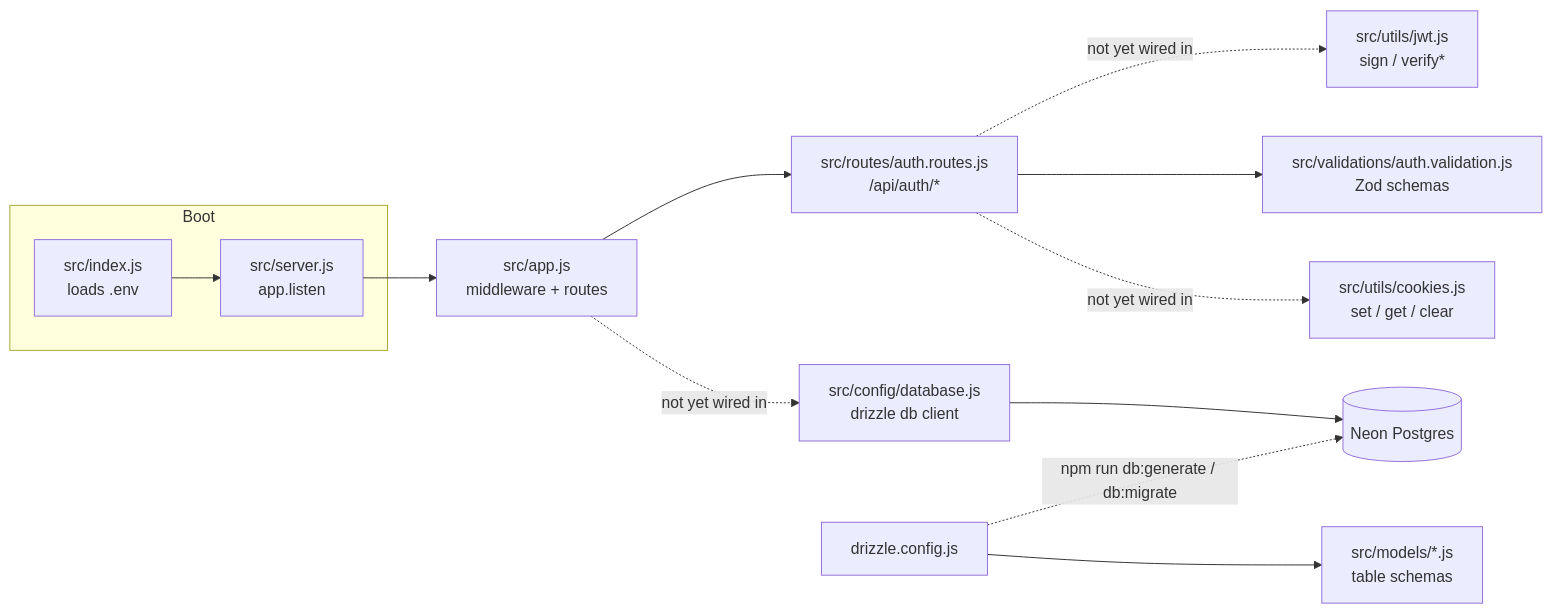
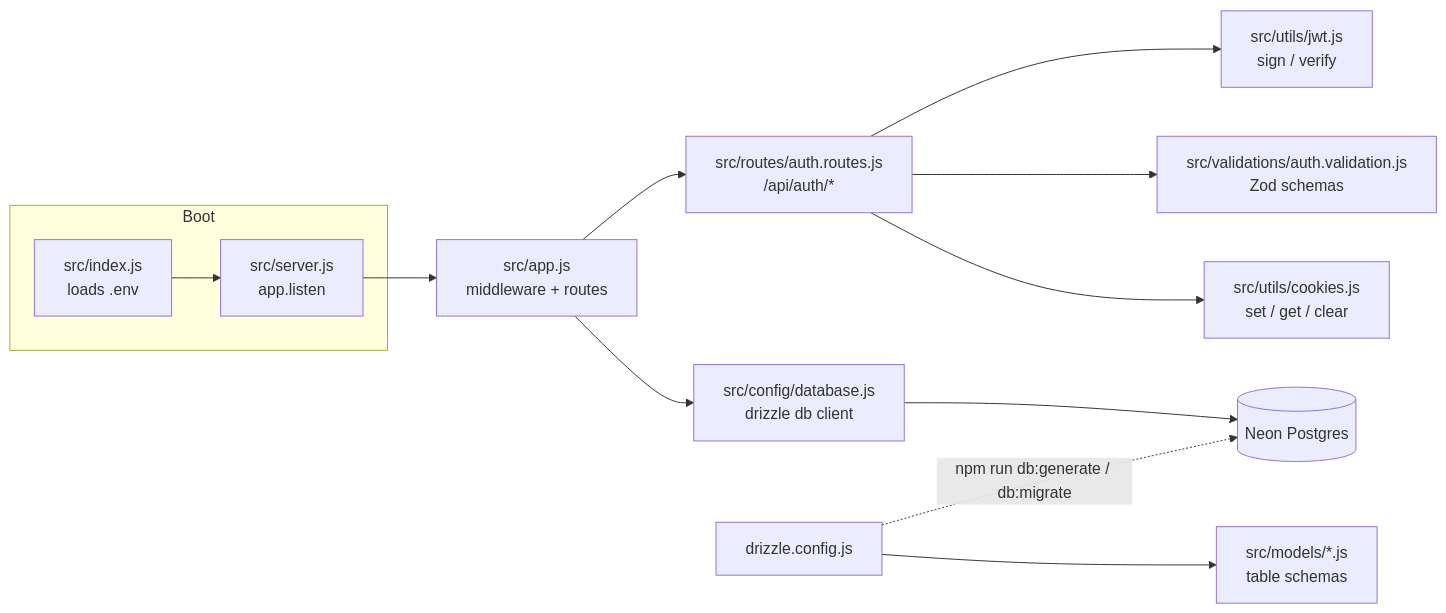
One commit to Tony-TTran/deploy_prod_api changed the diagram in README.md. Above: the diagram before and after it, drawn with Mermaid. The commit also changed other lines of this file and 4 other files, not shown here.

````diff
--- a/README.md
+++ b/README.md
@@ -64,15 +64,15 @@
 ```mermaid
 flowchart LR
     subgraph Boot
         A[src/index.js<br/>loads .env] --> B[src/server.js<br/>app.listen]
     end
     B --> C[src/app.js<br/>middleware + routes]
     C --> R[src/routes/auth.routes.js<br/>/api/auth/*]
-    R -. "not yet wired in" .-> J[src/utils/jwt.js<br/>sign / verify*]
+    R --> J[src/utils/jwt.js<br/>sign / verify]
     R --> V[src/validations/auth.validation.js<br/>Zod schemas]
-    R -. "not yet wired in" .-> K[src/utils/cookies.js<br/>set / get / clear]
-    C -. "not yet wired in" .-> D[src/config/database.js<br/>drizzle db client]
+    R --> K[src/utils/cookies.js<br/>set / get / clear]
+    C --> D[src/config/database.js<br/>drizzle db client]
     D --> E[(Neon Postgres)]
     F[drizzle.config.js] -. "npm run db:generate / db:migrate" .-> E
     F --> G[src/models/*.js<br/>table schemas]
 ```
````
